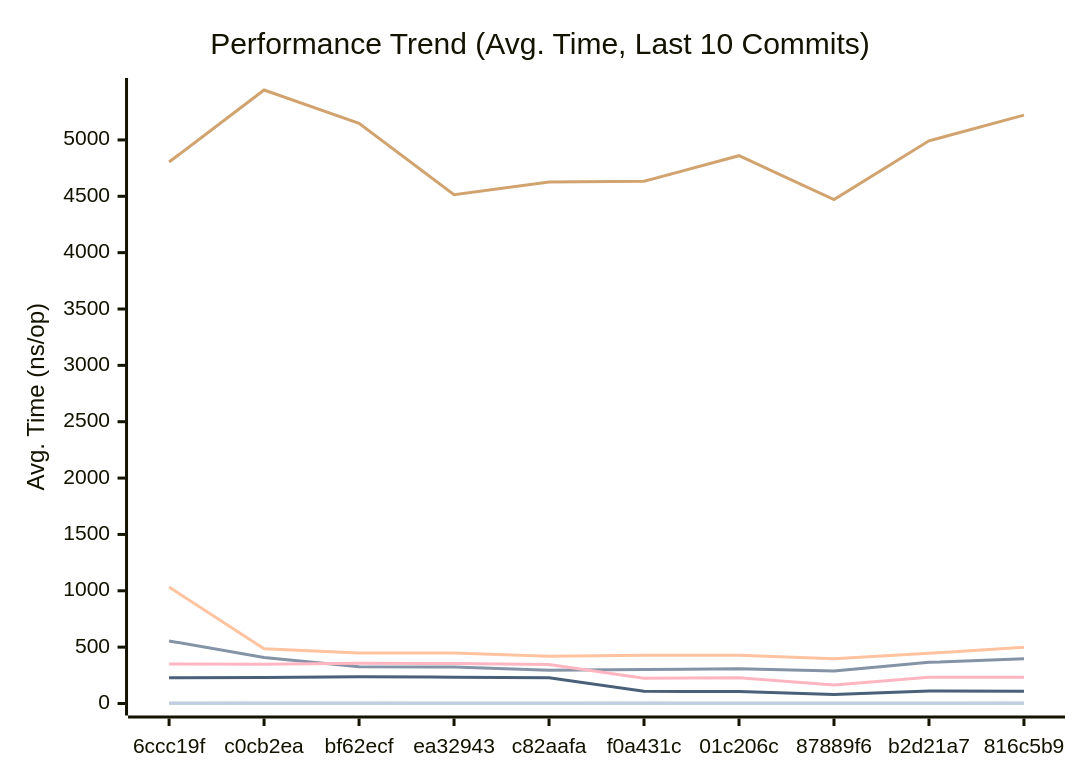
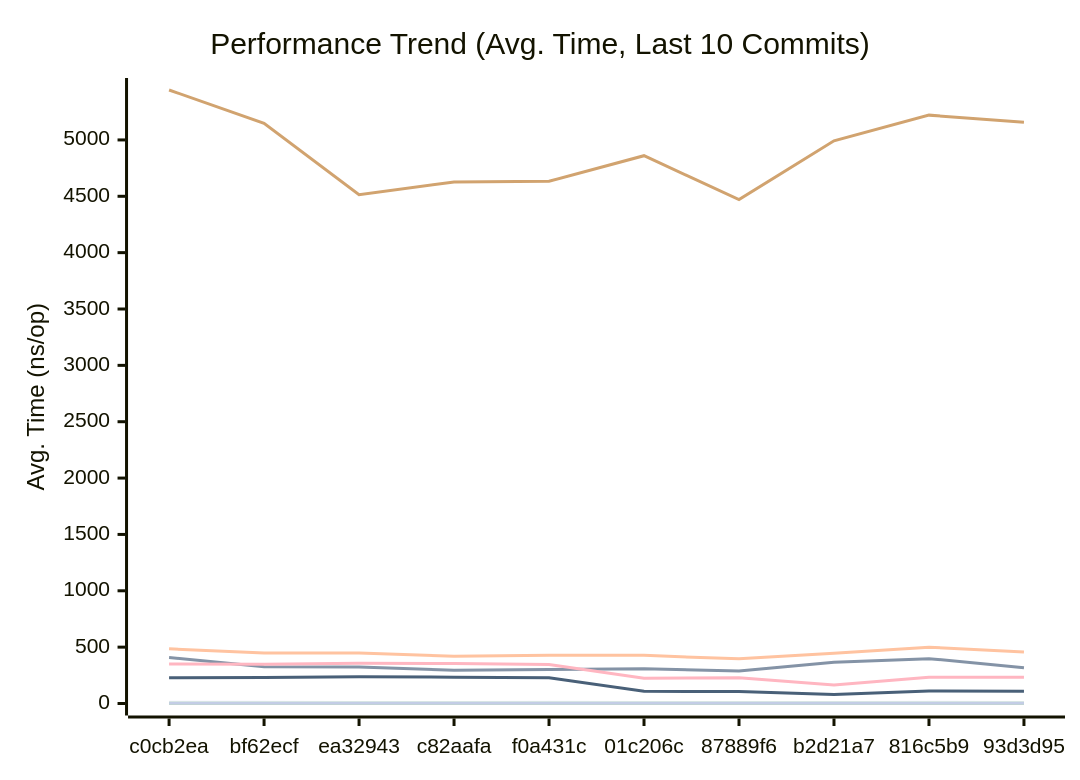
One commit to alsotoes/momo changed the first of 3 diagrams in docs/PERFORMANCE.md. Above: the diagram before and after it, drawn with Mermaid. The commit also changed other lines of this file and 1 other file, not shown here.

````diff
--- a/docs/PERFORMANCE.md
+++ b/docs/PERFORMANCE.md
@@ -80,16 +80,16 @@
 ```mermaid
 xychart-beta
     title "Performance Trend (Avg. Time, Last 10 Commits)"
     x-axis "Commit"
     y-axis "Avg. Time (ns/op)"
-    x-axis [6ccc19f,c0cb2ea,bf62ecf,ea32943,c82aafa,f0a431c,01c206c,87889f6,b2d21a7,816c5b9]
-    line "CheckMetricsAndSwap" [9,11,10,8,8,10,9,9,9,11]
-    line "CrushOptimized" [555,408,327,324,295,302,308,289,365,398]
-    line "CrushOriginal" [1033,485,449,449,419,429,427,396,445,499]
-    line "IndexDirectTracking" [0,1,0,0,0,0,0,0,0,0]
-    line "IndexSearch" [2,3,2,2,2,2,2,2,2,2]
-    line "LoadGlobalConfig" [4804,5443,5148,4514,4627,4633,4860,4471,4992,5220]
+    x-axis [c0cb2ea,bf62ecf,ea32943,c82aafa,f0a431c,01c206c,87889f6,b2d21a7,816c5b9,93d3d95]
+    line "CheckMetricsAndSwap" [11,10,8,8,10,9,9,9,11,8]
+    line "CrushOptimized" [408,327,324,295,302,308,289,365,398,317]
+    line "CrushOriginal" [485,449,449,419,429,427,396,445,499,458]
+    line "IndexDirectTracking" [1,0,0,0,0,0,0,0,0,0]
+    line "IndexSearch" [3,2,2,2,2,2,2,2,2,2]
+    line "LoadGlobalConfig" [5443,5148,4514,4627,4633,4860,4471,4992,5220,5157]
     line "PadString" [2,2,2,2,2,2,2,2,2,2]
     line "ParseReplicationOrder_NoPrealloc" [350,349,357,354,345,225,229,165,232,234]
     line "ParseReplicationOrder_Prealloc" [229,231,237,234,229,108,107,80,110,109]
 ```
````
